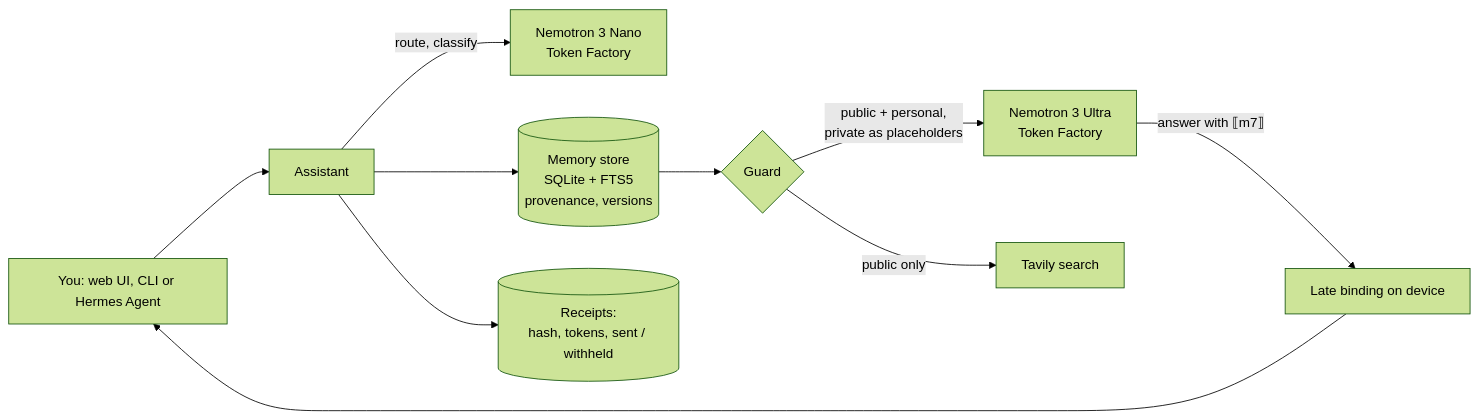
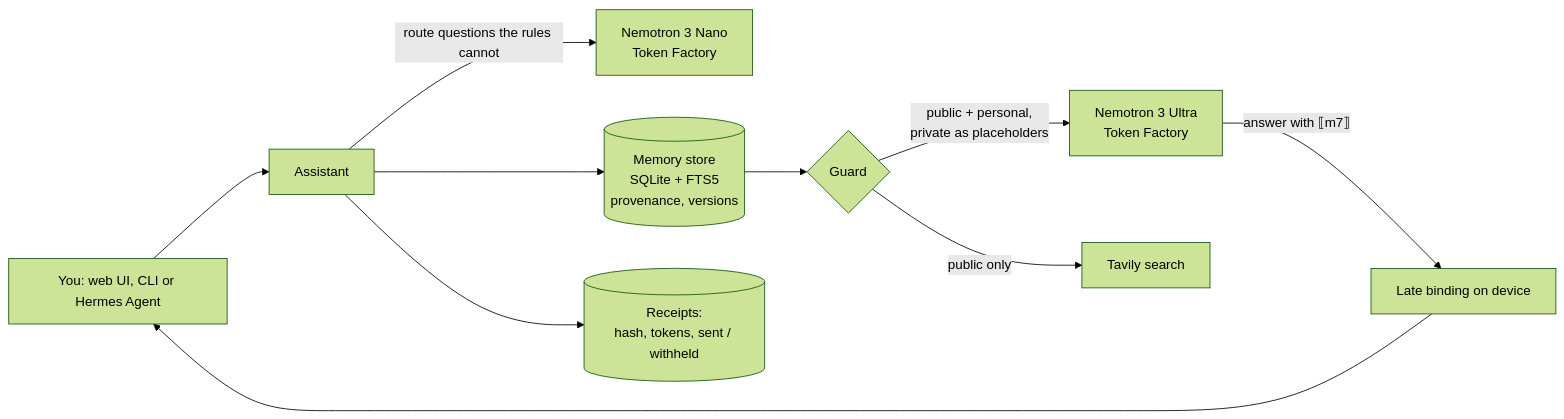
One commit to yannabadie/confidant changed the diagram in README.md. Above: the diagram before and after it, drawn with Mermaid (forest theme). The commit also changed other lines of this file and 41 other files, not shown here.

````diff
--- a/README.md
+++ b/README.md
@@ -43,12 +48,12 @@
 ```mermaid
 flowchart LR
   U[You: web UI, CLI or Hermes Agent] --> A[Assistant]
-  A -->|route, classify| N[Nemotron 3 Nano<br/>Token Factory]
+  A -->|route questions the rules cannot| N[Nemotron 3 Nano<br/>Token Factory]
   A --> M[(Memory store<br/>SQLite + FTS5<br/>provenance, versions)]
   M --> G{Guard}
   G -->|public + personal,<br/>private as placeholders| R[Nemotron 3 Ultra<br/>Token Factory]
   G -->|public only| T[Tavily search]
   R -->|answer with ⟦m7⟧| L[Late binding on device]
   L --> U
   A --> X[(Receipts:<br/>hash, tokens, sent / withheld)]
 ```
````
